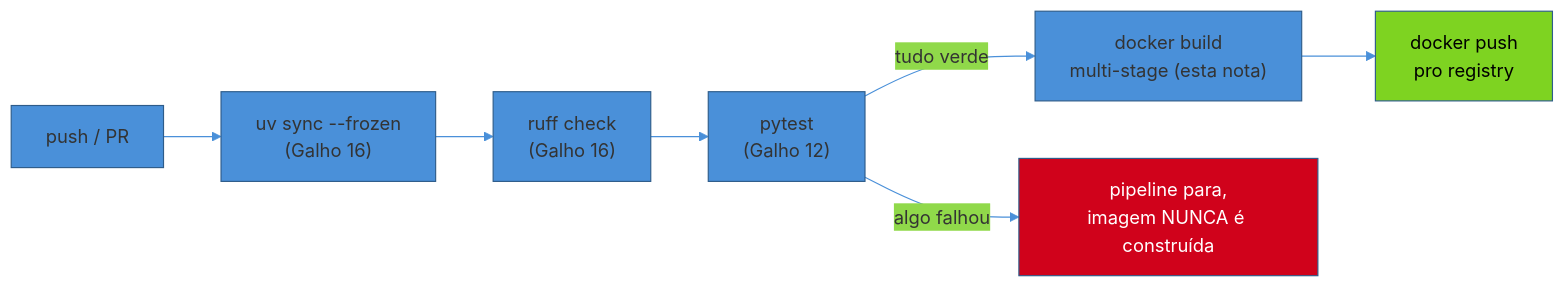
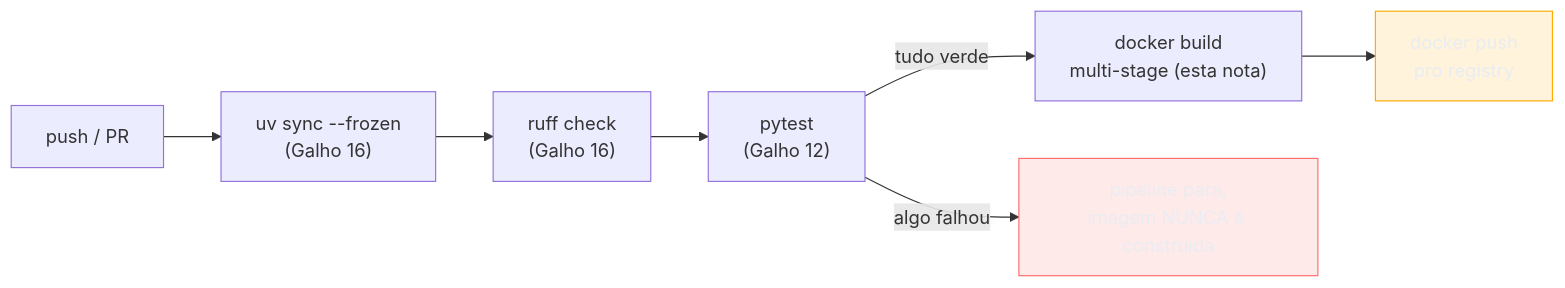
Before and after one commit to josenaldo/codex-technomanticus: the second of 2 diagrams in 03-Dominios/Tecnologia/Python/Observabilidade e produção/07 - Deploy básico — Dockerfile e CI-CD.md, drawn with Mermaid. The commit also changed other lines of this file and 1181 other files, not shown here.

First line of the commit message:
fix(diagramas): paleta do sistema no lugar de cor cravada no markdown

````diff
--- a/03-Dominios/Tecnologia/Python/Observabilidade e produção/07 - Deploy básico — Dockerfile e CI-CD.md
+++ b/03-Dominios/Tecnologia/Python/Observabilidade e produção/07 - Deploy básico — Dockerfile e CI-CD.md
@@ -221,13 +221,14 @@
 ```mermaid
-%%{init: {"theme": "base", "themeVariables": {"primaryColor": "#4A90D9", "primaryBorderColor": "#2E5C8A", "lineColor": "#4A90D9"}}}%%
 flowchart LR
+    classDef falha fill:#FF6B6B24,stroke:#FF6B6B,color:#E9ECF2
+    classDef destaque fill:#FFAA0024,stroke:#FFAA00,color:#E9ECF2
     A["push / PR"] --> B["uv sync --frozen<br/>(Galho 16)"]
     B --> C["ruff check<br/>(Galho 16)"]
     C --> D["pytest<br/>(Galho 12)"]
     D -->|"tudo verde"| E["docker build<br/>multi-stage (esta nota)"]
     E --> F["docker push<br/>pro registry"]
     D -->|"algo falhou"| G["pipeline para,<br/>imagem NUNCA é construída"]
 
-    style G fill:#D0021B,color:#fff
-    style F fill:#7ED321,color:#000
+    class G falha
+    class F destaque
 ```
````
